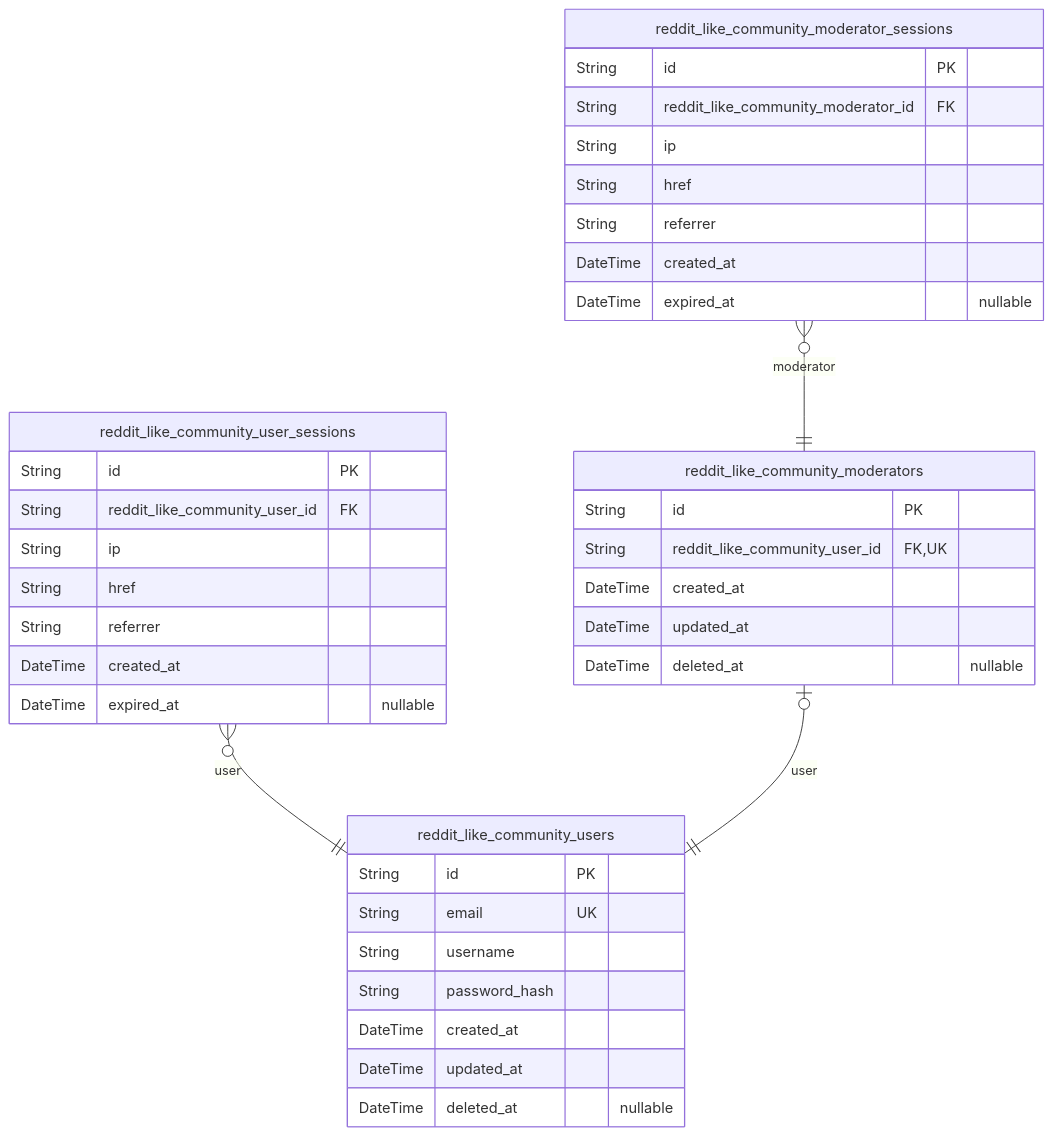
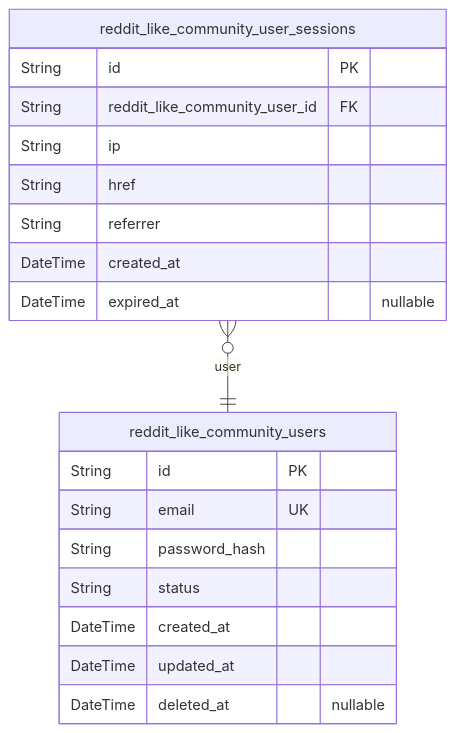
Before and after one commit to wrtnlabs/autobe-examples: the first of 5 diagrams in mistralai/codestral-2508/reddit/docs/ERD.md, drawn with Mermaid. The commit also changed other lines of this file and 7173 other files, not shown here.

````diff
--- a/mistralai/codestral-2508/reddit/docs/ERD.md
+++ b/mistralai/codestral-2508/reddit/docs/ERD.md
@@ -150,40 +13,22 @@
 ```mermaid
 erDiagram
 "reddit_like_community_users" {
   String id PK
   String email UK
-  String username
   String password_hash
+  String status
   DateTime created_at
   DateTime updated_at
   DateTime deleted_at "nullable"
 }
 "reddit_like_community_user_sessions" {
   String id PK
   String reddit_like_community_user_id FK
   String ip
   String href
   String referrer
   DateTime created_at
   DateTime expired_at "nullable"
 }
-"reddit_like_community_moderators" {
-  String id PK
-  String reddit_like_community_user_id FK,UK
-  DateTime created_at
-  DateTime updated_at
-  DateTime deleted_at "nullable"
-}
-"reddit_like_community_moderator_sessions" {
-  String id PK
-  String reddit_like_community_moderator_id FK
-  String ip
-  String href
-  String referrer
-  DateTime created_at
-  DateTime expired_at "nullable"
-}
 "reddit_like_community_user_sessions" }o--|| "reddit_like_community_users" : user
-"reddit_like_community_moderators" |o--|| "reddit_like_community_users" : user
-"reddit_like_community_moderator_sessions" }o--|| "reddit_like_community_moderators" : moderator
 ```
````
